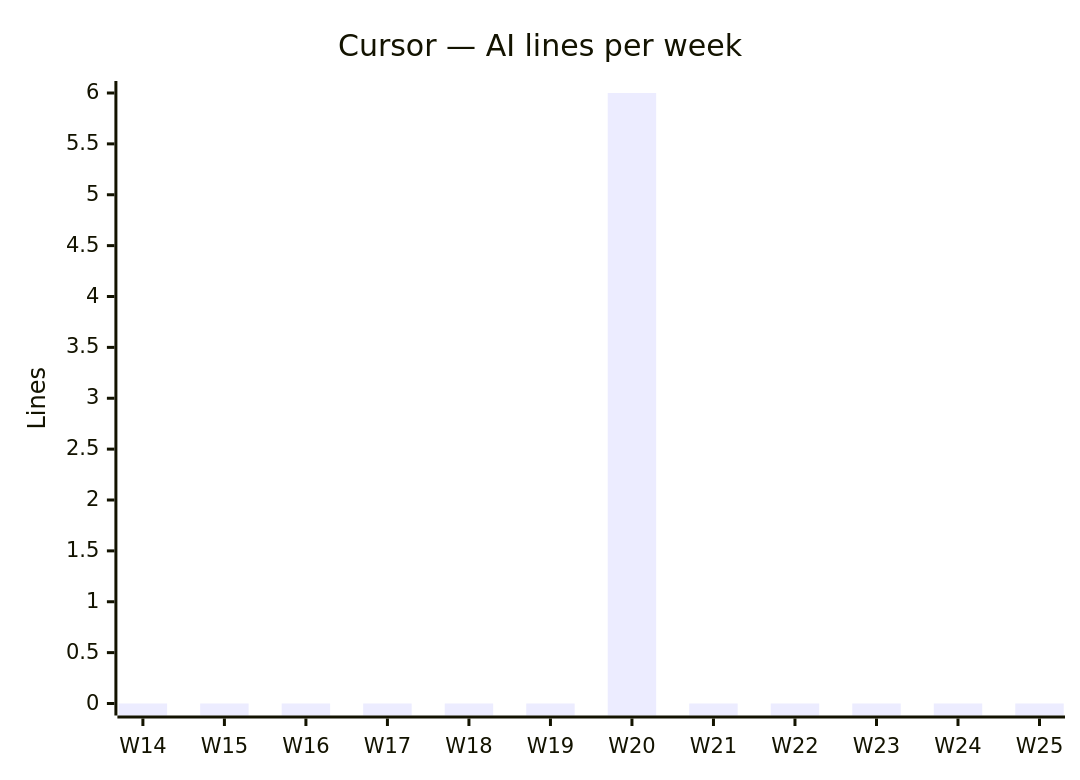
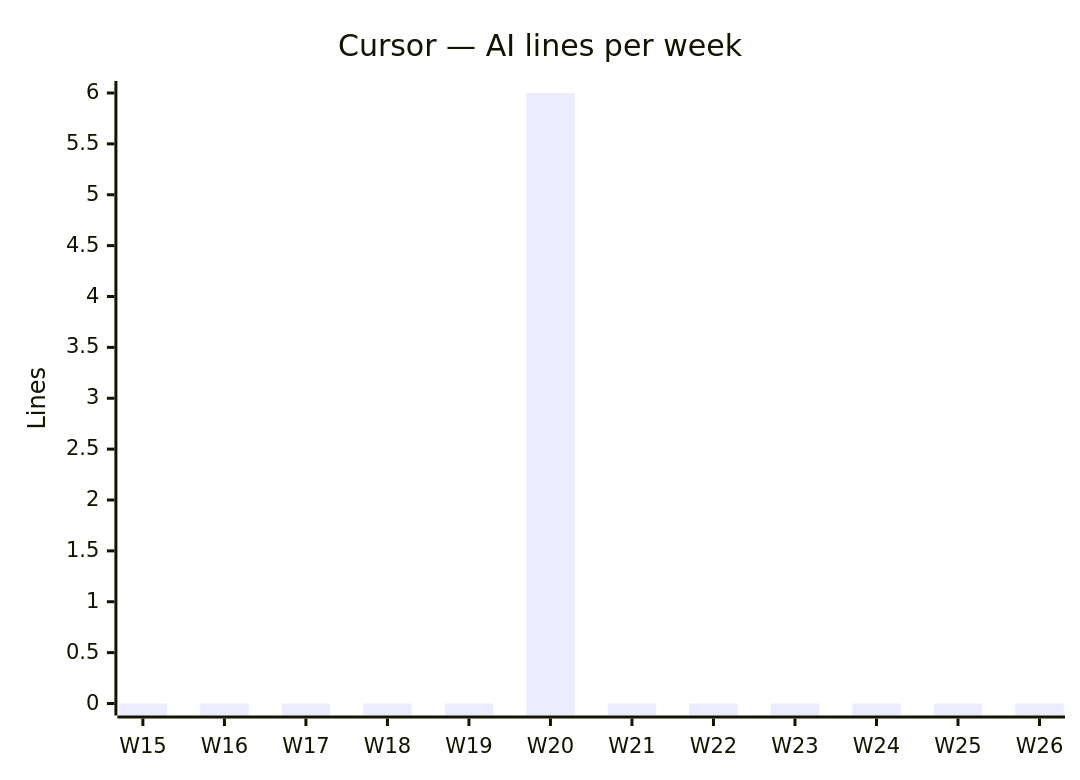
Before and after one commit to fromwaydowntown/ai-use: the fourth of 4 diagrams in docs/AI_USAGE.md, drawn with Mermaid. The commit also changed other lines of this file, not shown here.

````diff
--- a/docs/AI_USAGE.md
+++ b/docs/AI_USAGE.md
@@ -49,7 +49,7 @@
 ```mermaid
 xychart-beta
     title "Cursor — AI lines per week"
-    x-axis ["W14", "W15", "W16", "W17", "W18", "W19", "W20", "W21", "W22", "W23", "W24", "W25"]
+    x-axis ["W15", "W16", "W17", "W18", "W19", "W20", "W21", "W22", "W23", "W24", "W25", "W26"]
     y-axis "Lines"
-    bar [0, 0, 0, 0, 0, 0, 6, 0, 0, 0, 0, 0]
+    bar [0, 0, 0, 0, 0, 6, 0, 0, 0, 0, 0, 0]
 ```
````
